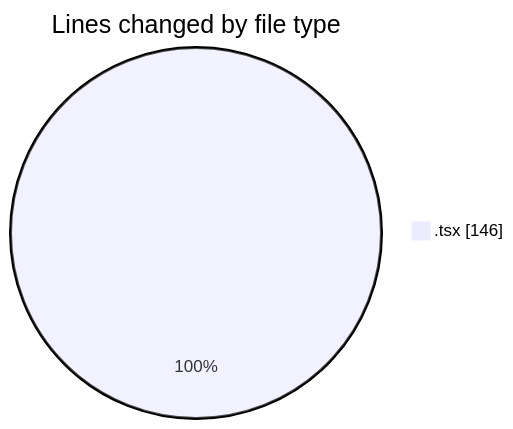
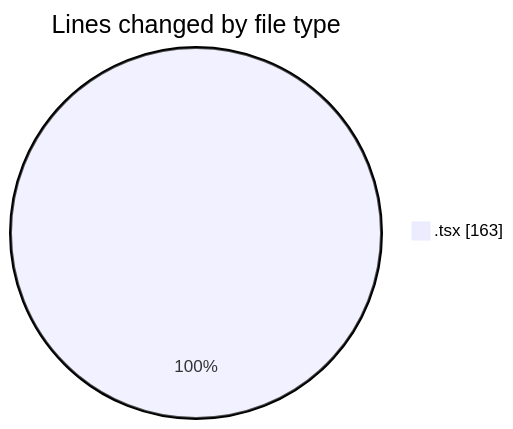
Before and after one commit to momahboobian/code-tracking: the first of 2 diagrams in 2025-06-17/cda/README.md, drawn with Mermaid. The commit also changed other lines of this file and 1 other file, not shown here.

````diff
--- a/2025-06-17/cda/README.md
+++ b/2025-06-17/cda/README.md
@@ -21,5 +21,5 @@
 ```mermaid
 pie showData
 title Lines changed by file type
-".tsx" : 146
+".tsx" : 163
 ```
````
